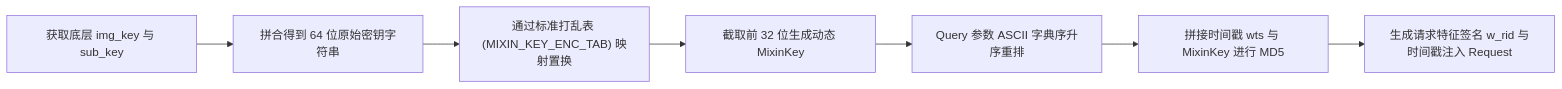
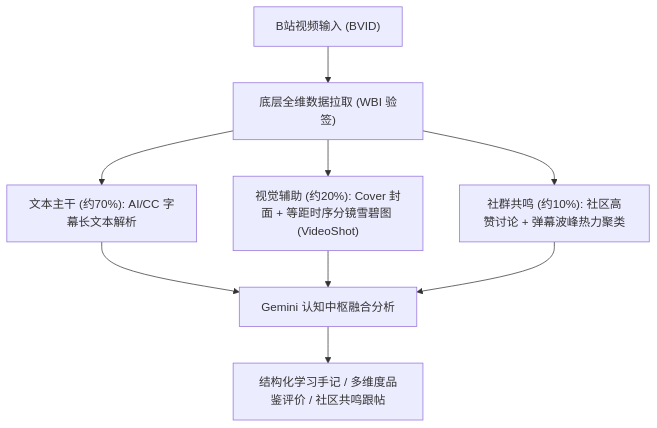
Before and after one commit to SherlockYzz/cyber-hajimi-bili: the first of 2 diagrams in README.md, drawn with Mermaid. The commit also changed other lines of this file and 12 other files, not shown here.

````diff
--- a/README.md
+++ b/README.md
@@ -143,9 +70,11 @@
 ```mermaid
-flowchart LR
-    A["获取底层 img_key 与 sub_key"] --> B["拼合得到 64 位原始密钥字符串"]
-    B --> C["通过标准打乱表 (MIXIN_KEY_ENC_TAB) 映射置换"]
-    C --> D["截取前 32 位生成动态 MixinKey"]
-    D --> E["Query 参数 ASCII 字典序升序重排"]
-    E --> F["拼接时间戳 wts 与 MixinKey 进行 MD5"]
-    F --> G["生成请求特征签名 w_rid 与时间戳注入 Request"]
+flowchart TD
+    A["B站视频输入 (BVID)"] --> B["底层全维数据拉取 (WBI 验签)"]
+    B --> C1["文本主干 (约70%): AI/CC 字幕长文本解析"]
+    B --> C2["视觉辅助 (约20%): Cover 封面 + 等距时序分镜雪碧图 (VideoShot)"]
+    B --> C3["社群共鸣 (约10%): 社区高赞讨论 + 弹幕波峰热力聚类"]
+    C1 --> D["Gemini 认知中枢融合分析"]
+    C2 --> D
+    C3 --> D
+    D --> E["结构化学习手记 / 多维度品鉴评价 / 社区共鸣跟帖"]
 ```
````
